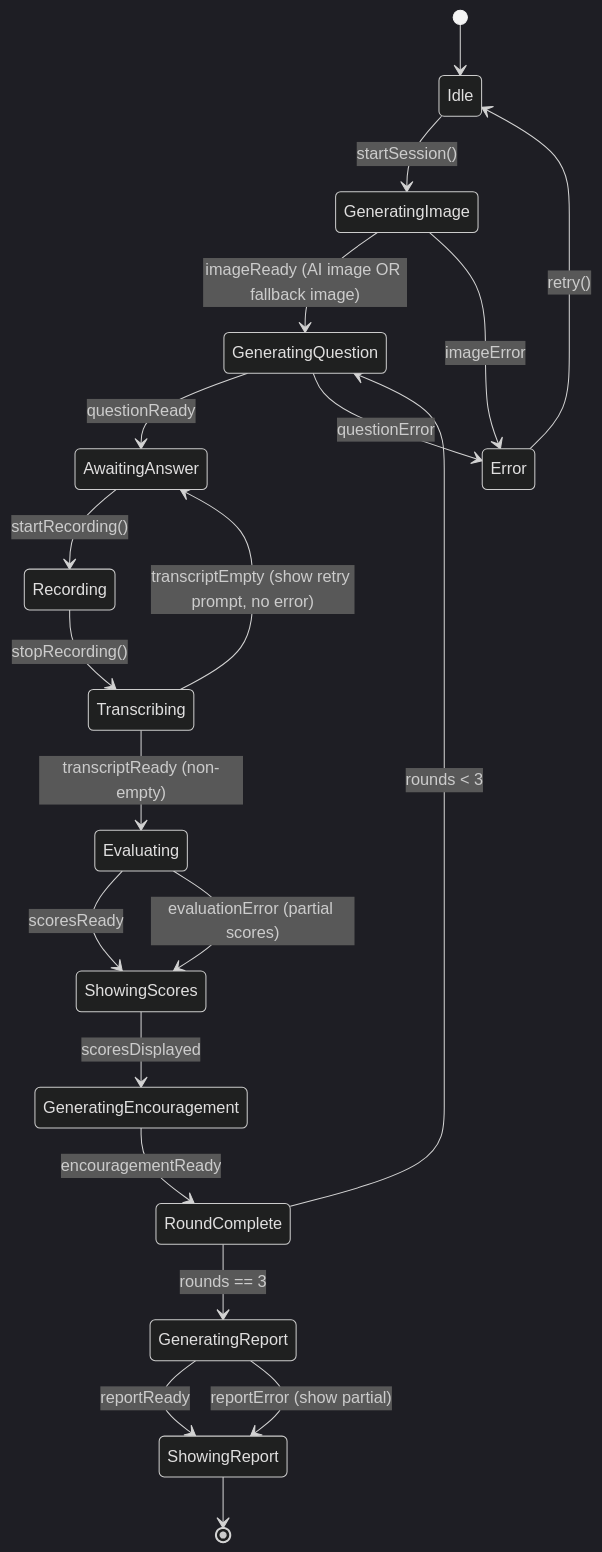
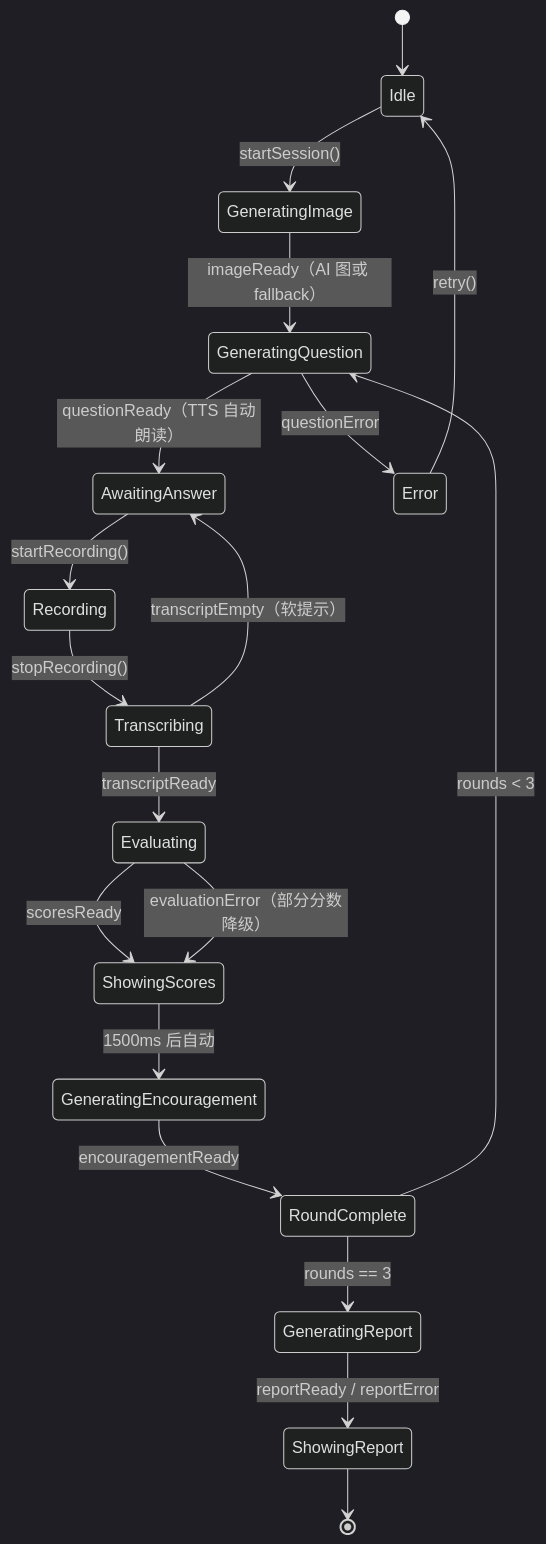
The third of 4 diagrams in english-learning-app/Design/design.md (EldenCheng/Vibe_Coding), drawn with Mermaid (dark theme) before and after one commit. The commit also changed other lines of this file and 3 other files, not shown here.

````diff
--- a/english-learning-app/Design/design.md
+++ b/english-learning-app/Design/design.md
@@ -321,23 +132,21 @@
 ```mermaid
 stateDiagram-v2
     [*] --> Idle
     Idle --> GeneratingImage : startSession()
-    GeneratingImage --> GeneratingQuestion : imageReady (AI image OR fallback image)
-    GeneratingImage --> Error : imageError
-    GeneratingQuestion --> AwaitingAnswer : questionReady
+    GeneratingImage --> GeneratingQuestion : imageReady（AI 图或 fallback）
+    GeneratingQuestion --> AwaitingAnswer : questionReady（TTS 自动朗读）
     GeneratingQuestion --> Error : questionError
     AwaitingAnswer --> Recording : startRecording()
     Recording --> Transcribing : stopRecording()
-    Transcribing --> AwaitingAnswer : transcriptEmpty (show retry prompt, no error)
-    Transcribing --> Evaluating : transcriptReady (non-empty)
+    Transcribing --> AwaitingAnswer : transcriptEmpty（软提示）
+    Transcribing --> Evaluating : transcriptReady
     Evaluating --> ShowingScores : scoresReady
-    Evaluating --> ShowingScores : evaluationError (partial scores)
-    ShowingScores --> GeneratingEncouragement : scoresDisplayed
+    Evaluating --> ShowingScores : evaluationError（部分分数降级）
+    ShowingScores --> GeneratingEncouragement : 1500ms 后自动
     GeneratingEncouragement --> RoundComplete : encouragementReady
     RoundComplete --> GeneratingQuestion : rounds < 3
     RoundComplete --> GeneratingReport : rounds == 3
-    GeneratingReport --> ShowingReport : reportReady
-    GeneratingReport --> ShowingReport : reportError (show partial)
+    GeneratingReport --> ShowingReport : reportReady / reportError
     ShowingReport --> [*]
     Error --> Idle : retry()
 ```
````
